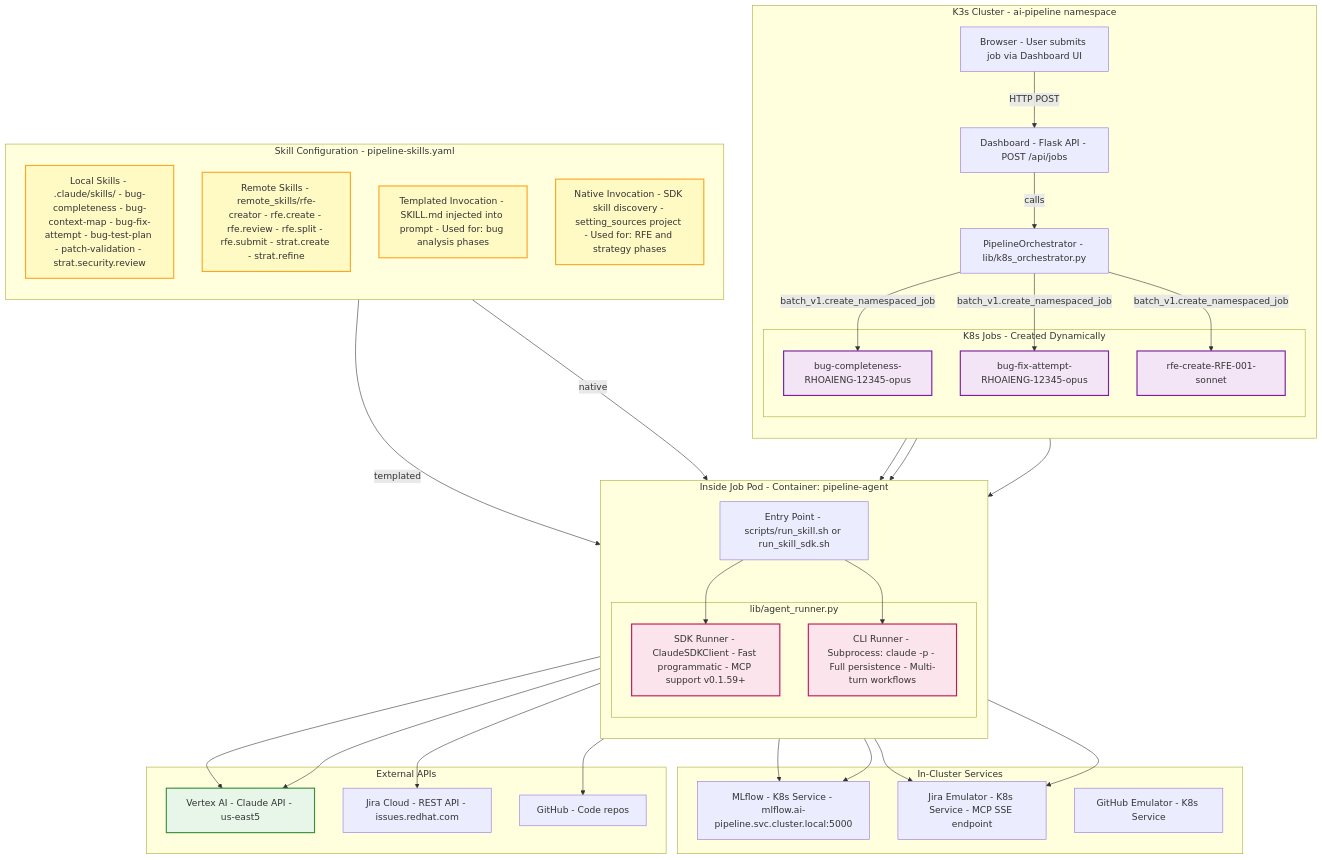
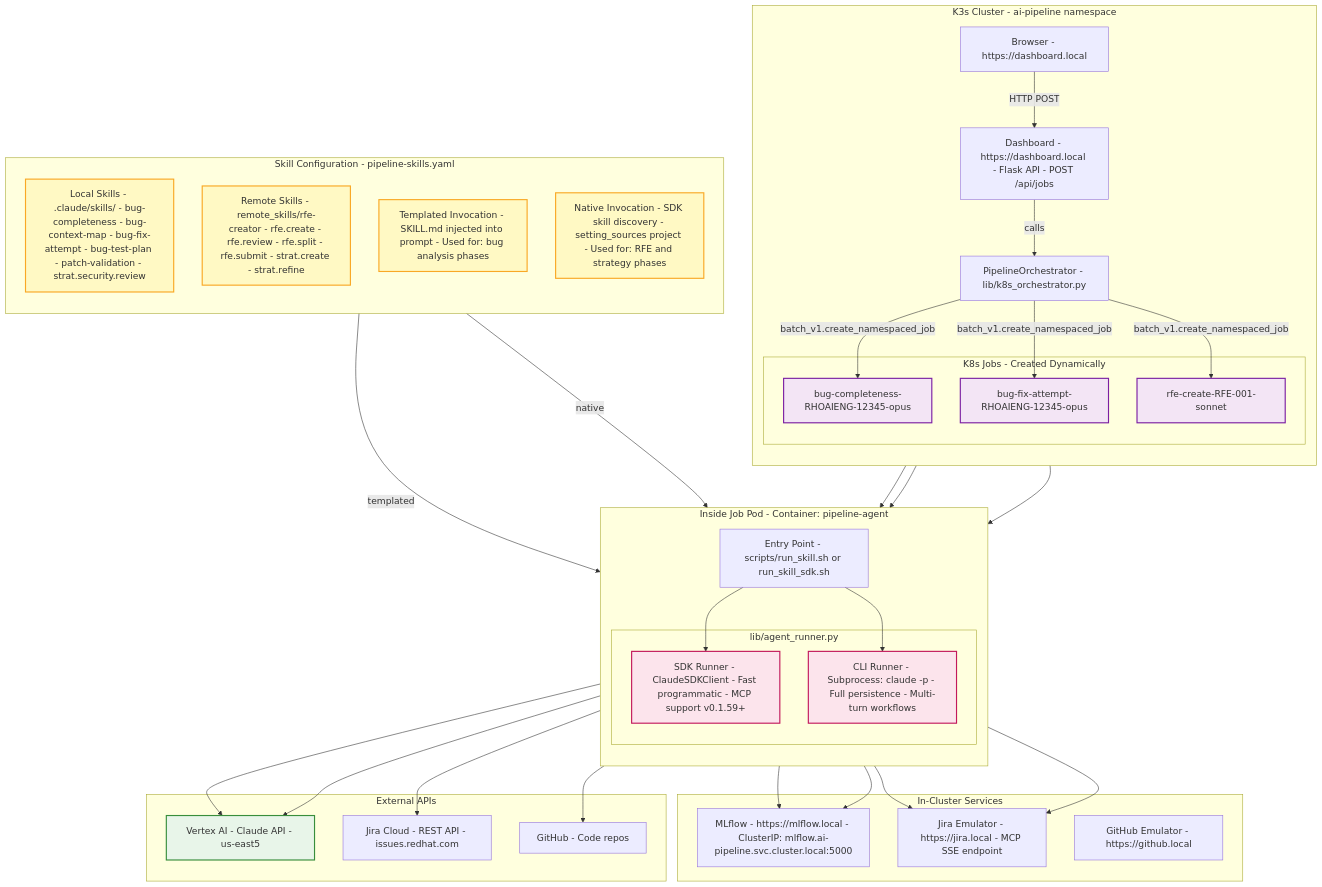
Before and after one commit to jctanner/ai-first-pipeline: the diagram in docs/architecture-jobs-runners.mmd, drawn with Mermaid. The commit also changed 3 other files, not shown here.

First line of the commit message:
Update diagrams to use Traefik ingress hostnames instead of localhost ports

```diff
--- a/docs/architecture-jobs-runners.mmd
+++ b/docs/architecture-jobs-runners.mmd
@@ -1,88 +1,88 @@
 graph TB
-    Browser["Browser - User submits job via Dashboard UI"]
+    Browser["Browser - https://dashboard.local"]
 
     subgraph K8s["K3s Cluster - ai-pipeline namespace"]
         direction TB
 
-        Dashboard["Dashboard - Flask API - POST /api/jobs"]
+        Dashboard["Dashboard - https://dashboard.local - Flask API - POST /api/jobs"]
         Orchestrator["PipelineOrchestrator - lib/k8s_orchestrator.py"]
 
         subgraph Jobs["K8s Jobs - Created Dynamically"]
             Job1["bug-completeness-RHOAIENG-12345-opus"]
             Job2["bug-fix-attempt-RHOAIENG-12345-opus"]
             Job3["rfe-create-RFE-001-sonnet"]
         end
 
         Browser -->|HTTP POST| Dashboard
         Dashboard -->|calls| Orchestrator
         Orchestrator -->|batch_v1.create_namespaced_job| Job1
         Orchestrator -->|batch_v1.create_namespaced_job| Job2
         Orchestrator -->|batch_v1.create_namespaced_job| Job3
     end
 
     subgraph JobPod["Inside Job Pod - Container: pipeline-agent"]
         direction TB
 
         Scripts["Entry Point - scripts/run_skill.sh or run_skill_sdk.sh"]
 
         subgraph RunnerLogic["lib/agent_runner.py"]
             SDKRunner["SDK Runner - ClaudeSDKClient - Fast programmatic - MCP support v0.1.59+"]
             CLIRunner["CLI Runner - Subprocess: claude -p - Full persistence - Multi-turn workflows"]
         end
 
         Scripts --> SDKRunner
         Scripts --> CLIRunner
     end
 
     subgraph Skills["Skill Configuration - pipeline-skills.yaml"]
         direction TB
 
         LocalSkills["Local Skills - .claude/skills/ - bug-completeness - bug-context-map - bug-fix-attempt - bug-test-plan - patch-validation - strat.security.review"]
 
         RemoteSkills["Remote Skills - remote_skills/rfe-creator - rfe.create - rfe.review - rfe.split - rfe.submit - strat.create - strat.refine"]
 
         Templated["Templated Invocation - SKILL.md injected into prompt - Used for: bug analysis phases"]
 
         Native["Native Invocation - SDK skill discovery - setting_sources project - Used for: RFE and strategy phases"]
     end
 
     subgraph ClusterServices["In-Cluster Services"]
-        MLflowService["MLflow - K8s Service - mlflow.ai-pipeline.svc.cluster.local:5000"]
-        JiraEmuService["Jira Emulator - K8s Service - MCP SSE endpoint"]
-        GitHubEmuService["GitHub Emulator - K8s Service"]
+        MLflowService["MLflow - https://mlflow.local - ClusterIP: mlflow.ai-pipeline.svc.cluster.local:5000"]
+        JiraEmuService["Jira Emulator - https://jira.local - MCP SSE endpoint"]
+        GitHubEmuService["GitHub Emulator - https://github.local"]
     end
 
     subgraph External["External APIs"]
         VertexAI["Vertex AI - Claude API - us-east5"]
         JiraCloud["Jira Cloud - REST API - issues.redhat.com"]
         GitHubCloud["GitHub - Code repos"]
     end
 
     Job1 --> Scripts
     Job2 --> Scripts
     Job3 --> Scripts
 
     LocalSkills -->|templated| SDKRunner
     RemoteSkills -->|native| CLIRunner
 
     SDKRunner --> VertexAI
     CLIRunner --> VertexAI
 
     SDKRunner --> MLflowService
     CLIRunner --> MLflowService
 
     SDKRunner --> JiraEmuService
     CLIRunner --> JiraEmuService
 
     SDKRunner --> JiraCloud
     CLIRunner --> GitHubCloud
 
     classDef job fill:#f3e5f5,stroke:#7b1fa2,stroke-width:2px
     classDef runner fill:#fce4ec,stroke:#c2185b,stroke-width:2px
     classDef skill fill:#fff9c4,stroke:#f9a825,stroke-width:2px
     classDef external fill:#e8f5e9,stroke:#388e3c,stroke-width:2px
 
     class Job1,Job2,Job3 job
     class SDKRunner,CLIRunner runner
     class LocalSkills,RemoteSkills,Templated,Native skill
     class VertexAI,JiraAPI,MLflow external
```
